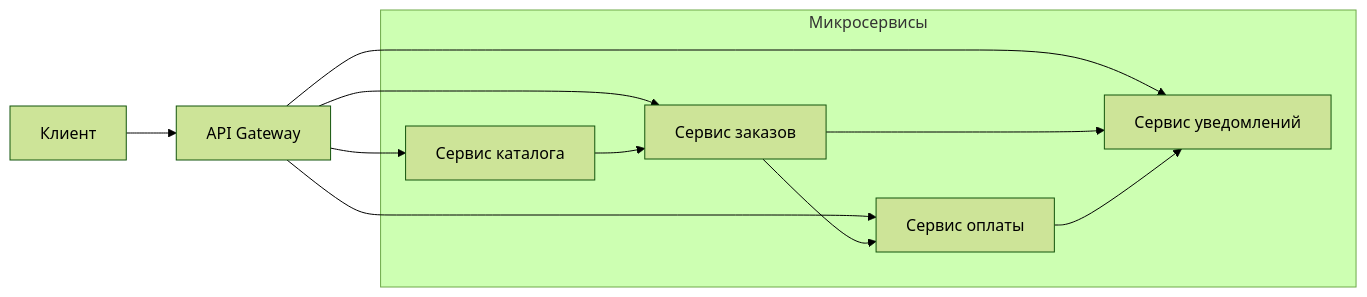
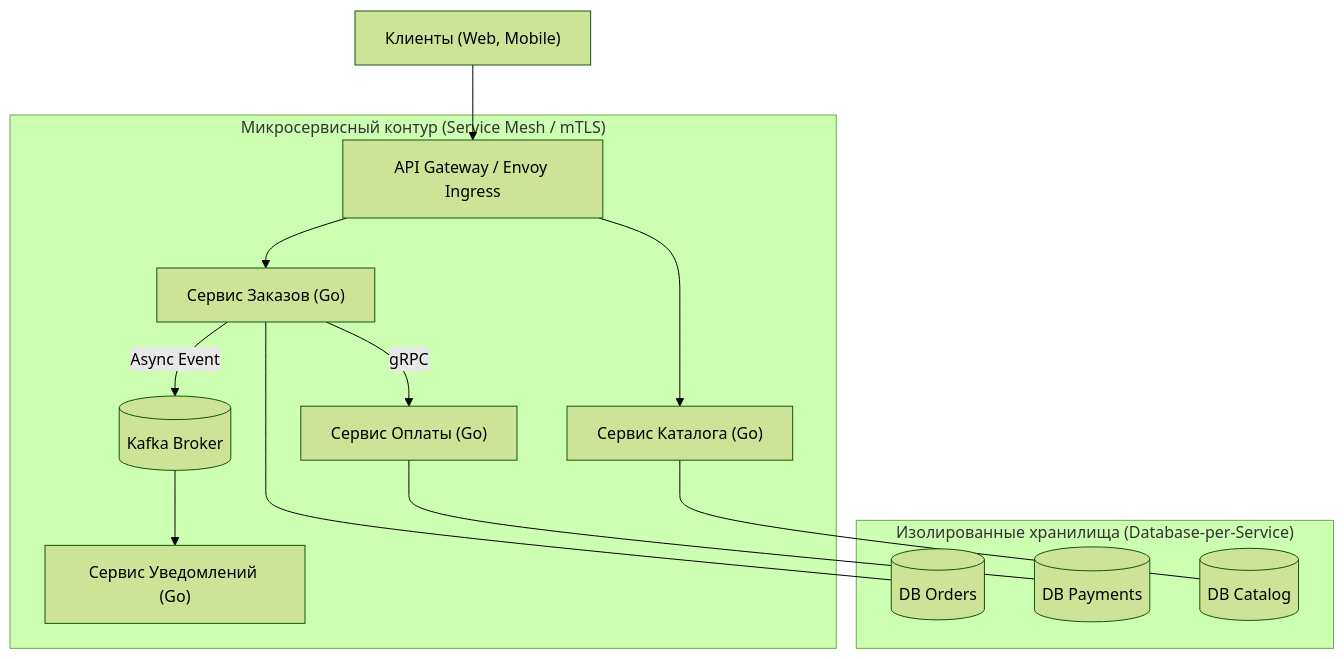
Before and after one commit to UnrealTemplier/go-textbook: the first of 2 diagrams in sources/11. Архитектура и System Design/9. Микросервисы. Преимущества, недостатки и мифы.md, drawn with Mermaid (forest theme). The commit also changed other lines of this file, not shown here.

````diff
--- a/sources/11. Архитектура и System Design/9. Микросервисы. Преимущества, недостатки и мифы.md
+++ b/sources/11. Архитектура и System Design/9. Микросервисы. Преимущества, недостатки и мифы.md
@@ -10,23 +22,19 @@
 ```mermaid
-flowchart LR
-    subgraph Microservices["Микросервисы"]
-        MS1["Сервис заказов"]
-        MS2["Сервис оплаты"]
-        MS3["Сервис уведомлений"]
-        MS4["Сервис каталога"]
+flowchart TD
+    Client["Клиенты (Web, Mobile)"] --> GW["API Gateway / Envoy Ingress"]
+    
+    subgraph Services["Микросервисный контур (Service Mesh / mTLS)"]
+        GW --> MS1["Сервис Заказов (Go)"]
+        GW --> MS4["Сервис Каталога (Go)"]
+        
+        MS1 -->|"gRPC"| MS2["Сервис Оплаты (Go)"]
+        MS1 -->|"Async Event"| Bus[("Kafka Broker")]
+        Bus --> MS3["Сервис Уведомлений (Go)"]
     end
 
-    LB["API Gateway"]
-    Client["Клиент"]
-
-    Client --> LB
-    LB --> MS1
-    LB --> MS2
-    LB --> MS3
-    LB --> MS4
-
-    MS1 --> MS2
-    MS1 --> MS3
-    MS2 --> MS3
-    MS4 --> MS1
+    subgraph Data["Изолированные хранилища (Database-per-Service)"]
+        MS1 --- DB1[("DB Orders")]
+        MS2 --- DB2[("DB Payments")]
+        MS4 --- DB4[("DB Catalog")]
+    end
 ```
````
